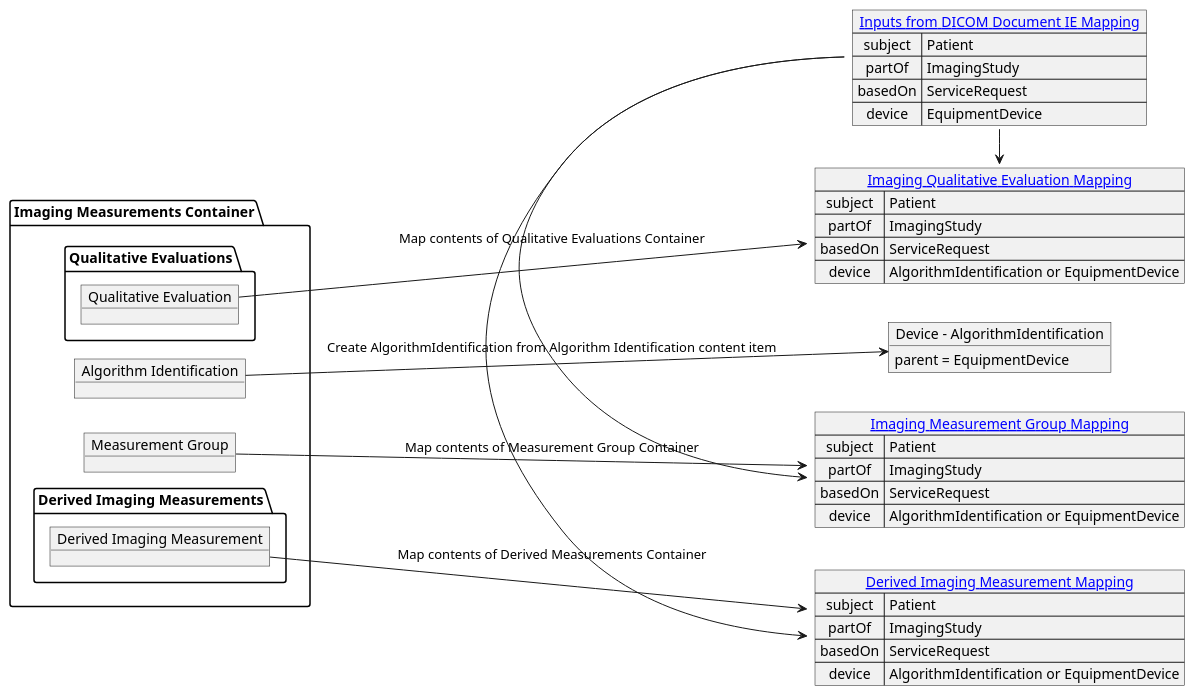
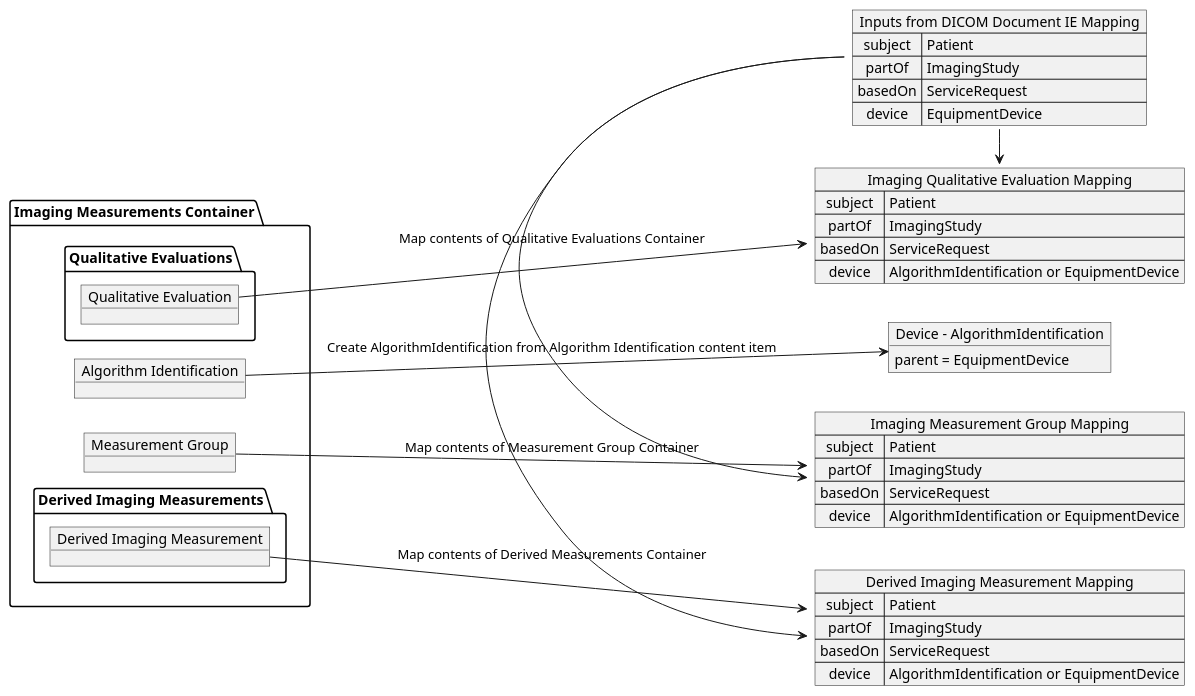
The diagram in input/images-source/4_4_imaging_measurements_container_mapping.plantuml (HL7/dicom-sr), drawn with PlantUML before and after one commit. The commit also changed 23 other files, not shown here.

```diff
--- a/input/images-source/4_4_imaging_measurements_container_mapping.plantuml
+++ b/input/images-source/4_4_imaging_measurements_container_mapping.plantuml
@@ -1,56 +1,56 @@
 @startuml imaging_measurements_container_mapping
 left to right direction
 
-map "[[mapping.html#document-ie-mapping Inputs from DICOM Document IE Mapping]]" as inputs {
+map "Inputs from DICOM Document IE Mapping" as inputs {
    subject => Patient
    partOf => ImagingStudy
    basedOn => ServiceRequest
    device => EquipmentDevice
 }
 
 package "Imaging Measurements Container" as imagingMeasurementGroup {
    object "Algorithm Identification" as algorithm
    object "Measurement Group" as measurementGroup
    package "Derived Imaging Measurements" {
       object "Derived Imaging Measurement" as derivedMeasurement
    }
    package "Qualitative Evaluations" {
       object "Qualitative Evaluation" as qualitativeEvaluations
    }
 }
 
 object "Device - AlgorithmIdentification" as AlgorithmIdentification {
     parent = EquipmentDevice
 }
 
 algorithm --> AlgorithmIdentification: Create AlgorithmIdentification from Algorithm Identification content item
 
-map "[[mapping.html#imaging-measurement-group-mapping Imaging Measurement Group Mapping]]" as measurementGroupMap {
+map "Imaging Measurement Group Mapping" as measurementGroupMap {
     subject => Patient
     partOf => ImagingStudy
     basedOn => ServiceRequest
     device => AlgorithmIdentification or EquipmentDevice
 }
 
-map "[[mapping.html#derived-imaging-measurement-mapping Derived Imaging Measurement Mapping]]" as derivedMeasurementsMap {
+map "Derived Imaging Measurement Mapping" as derivedMeasurementsMap {
     subject => Patient
     partOf => ImagingStudy
     basedOn => ServiceRequest
     device => AlgorithmIdentification or EquipmentDevice
 }
 
-map "[[mapping.html#imaging-qualitative-evaluation-mapping Imaging Qualitative Evaluation Mapping]]" as qualitativeEvaluationsMap {
+map "Imaging Qualitative Evaluation Mapping" as qualitativeEvaluationsMap {
     subject => Patient
     partOf => ImagingStudy
     basedOn => ServiceRequest
     device => AlgorithmIdentification or EquipmentDevice
 }
 
 inputs -> measurementGroupMap
 inputs -> derivedMeasurementsMap
 inputs -> qualitativeEvaluationsMap
 measurementGroup --> measurementGroupMap: Map contents of Measurement Group Container
 derivedMeasurement --> derivedMeasurementsMap: Map contents of Derived Measurements Container
 qualitativeEvaluations -> qualitativeEvaluationsMap: Map contents of Qualitative Evaluations Container
 
 @enduml
```
